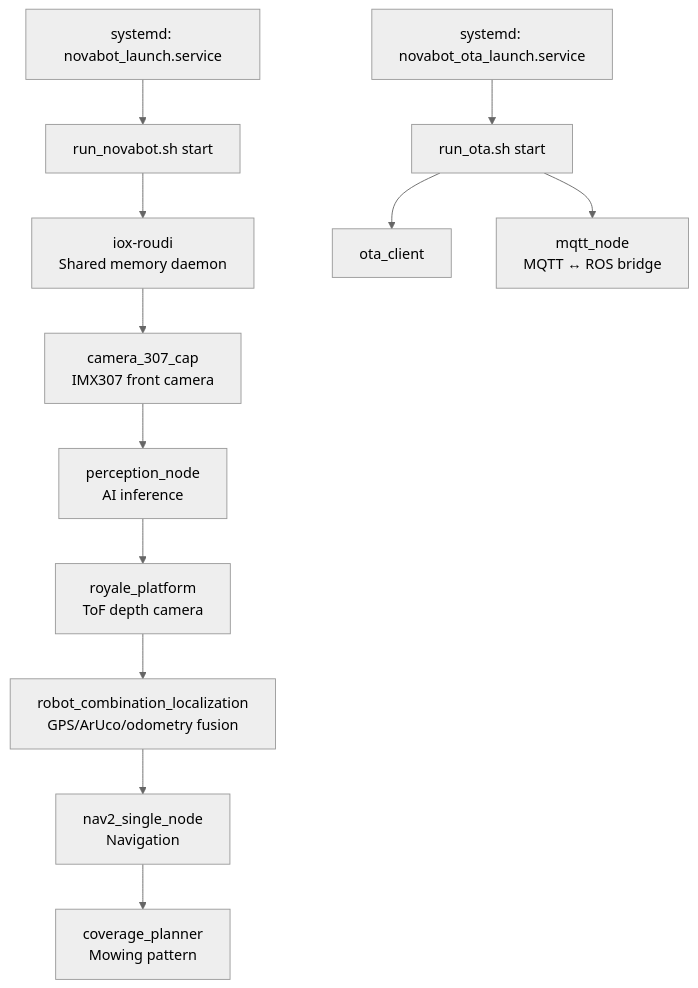
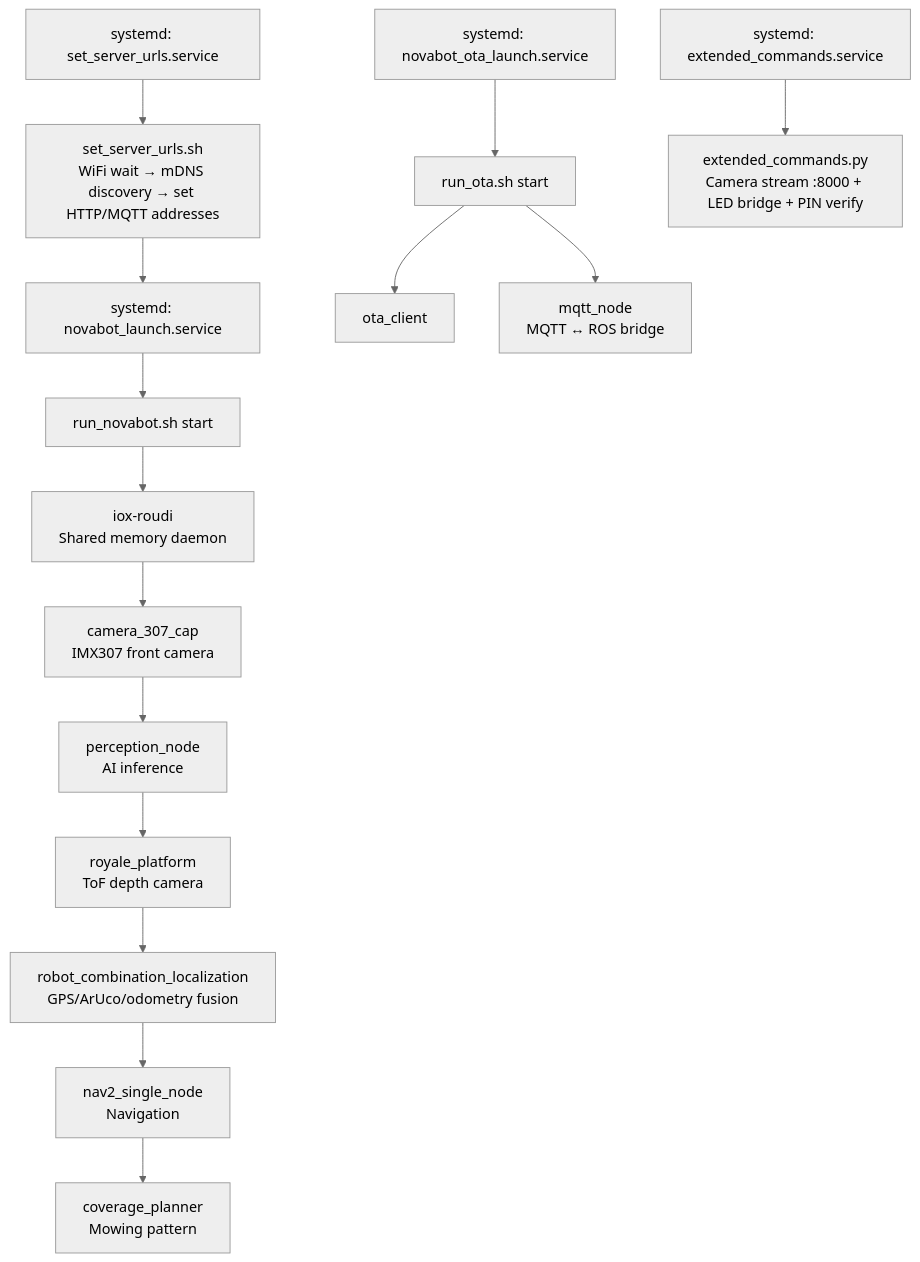
Before and after one commit to rvbcrs/Novabot: the diagram in docs/firmware/mower.md, drawn with Mermaid (neutral theme). The commit also changed other lines of this file and 72 other files, not shown here.

````diff
--- a/docs/firmware/mower.md
+++ b/docs/firmware/mower.md
@@ -17,14 +17,19 @@
 ```mermaid
 graph TB
+    A0[systemd: set_server_urls.service] --> A0a[set_server_urls.sh<br/>WiFi wait → mDNS discovery → set HTTP/MQTT addresses]
+    A0a --> A
+
     A[systemd: novabot_launch.service] --> B[run_novabot.sh start]
     B --> C[iox-roudi<br/>Shared memory daemon]
     C --> D[camera_307_cap<br/>IMX307 front camera]
     D --> E[perception_node<br/>AI inference]
     E --> F[royale_platform<br/>ToF depth camera]
     F --> G[robot_combination_localization<br/>GPS/ArUco/odometry fusion]
     G --> H[nav2_single_node<br/>Navigation]
     H --> I[coverage_planner<br/>Mowing pattern]
 
     A2[systemd: novabot_ota_launch.service] --> B2[run_ota.sh start]
     B2 --> C2[ota_client] & D2[mqtt_node<br/>MQTT ↔ ROS bridge]
+
+    A3[systemd: extended_commands.service] --> B3[extended_commands.py<br/>Camera stream :8000 + LED bridge + PIN verify]
 ```
````
